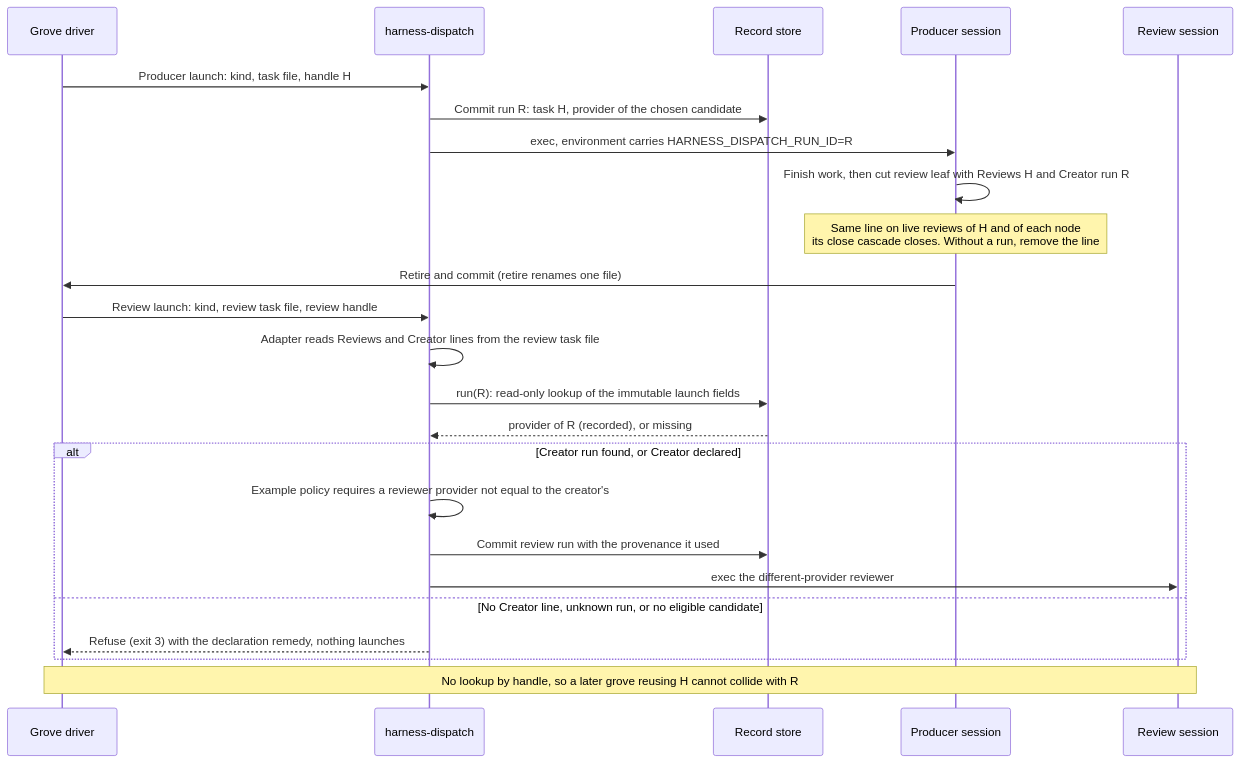
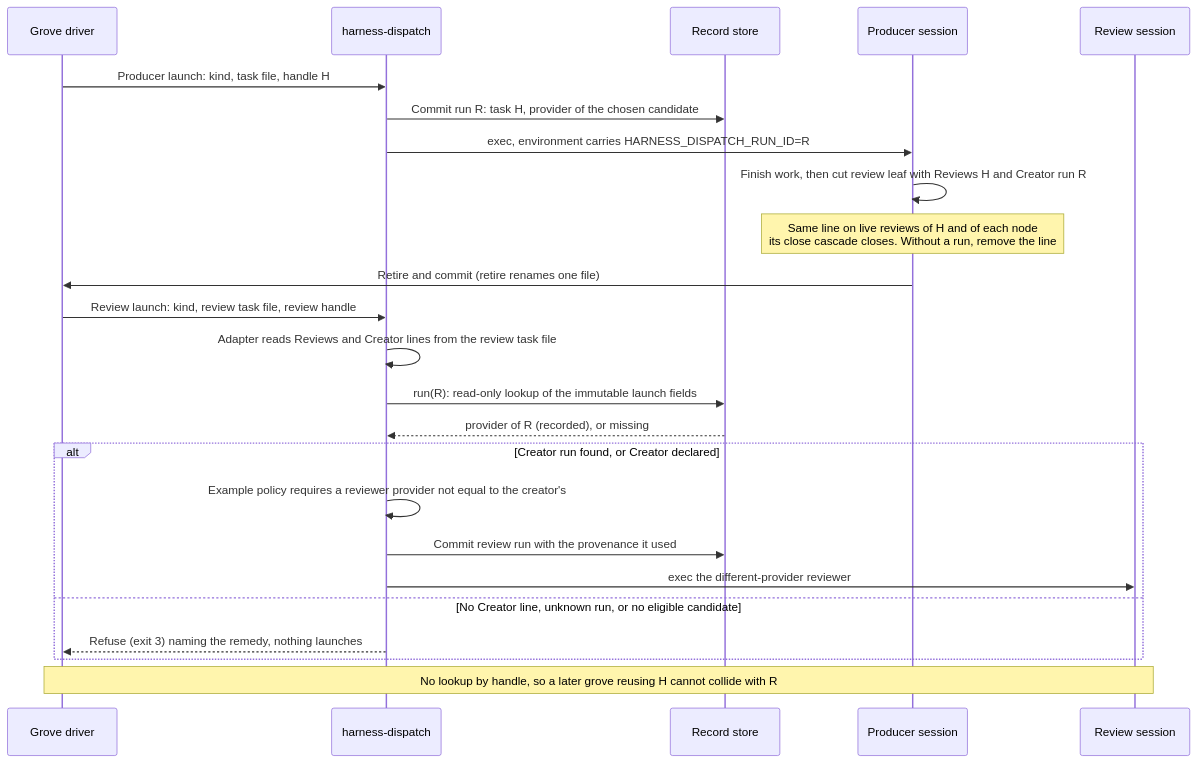
Before and after one commit to Linkuistics/grove: the diagram in docs/design/harness-selection-and-execution/creator-flow.mmd, drawn with Mermaid. The commit also changed 17 other files, not shown here.

```diff
--- a/docs/design/harness-selection-and-execution/creator-flow.mmd
+++ b/docs/design/harness-selection-and-execution/creator-flow.mmd
@@ -1,24 +1,24 @@
 sequenceDiagram
   participant G as Grove driver
   participant D as harness-dispatch
   participant S as Record store
   participant P as Producer session
   participant V as Review session
   G->>D: Producer launch: kind, task file, handle H
   D->>S: Commit run R: task H, provider of the chosen candidate
   D->>P: exec, environment carries HARNESS_DISPATCH_RUN_ID=R
   P->>P: Finish work, then cut review leaf with Reviews H and Creator run R
   Note over P: Same line on live reviews of H and of each node<br/>its close cascade closes. Without a run, remove the line
   P->>G: Retire and commit (retire renames one file)
   G->>D: Review launch: kind, review task file, review handle
   D->>D: Adapter reads Reviews and Creator lines from the review task file
   D->>S: run(R): read-only lookup of the immutable launch fields
   S-->>D: provider of R (recorded), or missing
   alt Creator run found, or Creator declared
     D->>D: Example policy requires a reviewer provider not equal to the creator's
     D->>S: Commit review run with the provenance it used
     D->>V: exec the different-provider reviewer
   else No Creator line, unknown run, or no eligible candidate
-    D-->>G: Refuse (exit 3) with the declaration remedy, nothing launches
+    D-->>G: Refuse (exit 3) naming the remedy, nothing launches
   end
   Note over G,V: No lookup by handle, so a later grove reusing H cannot collide with R
```
